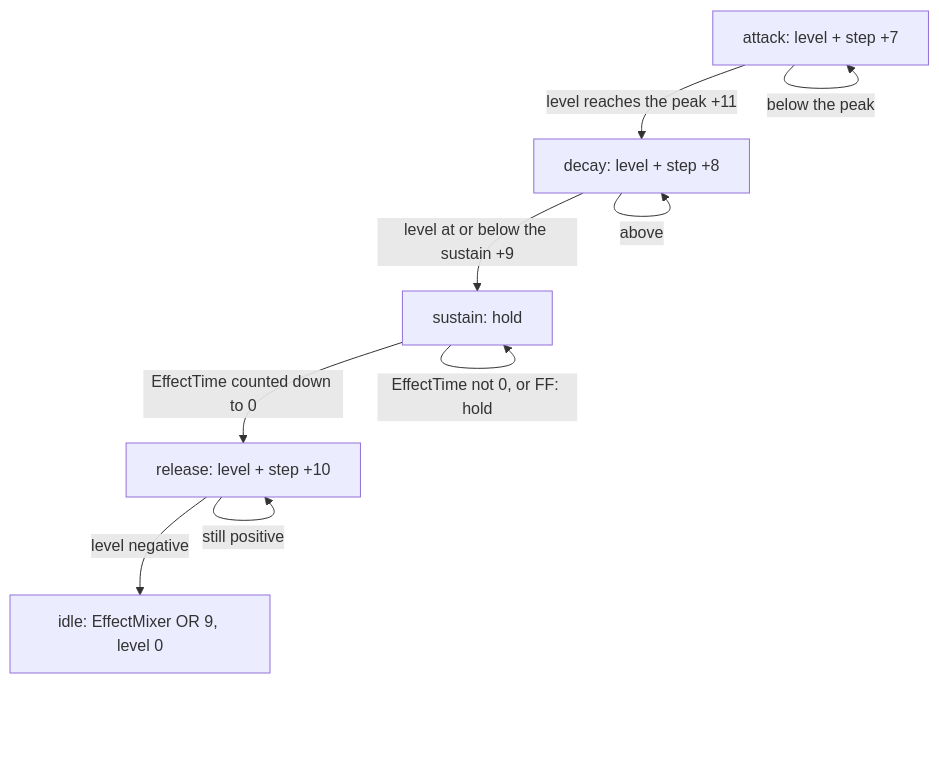
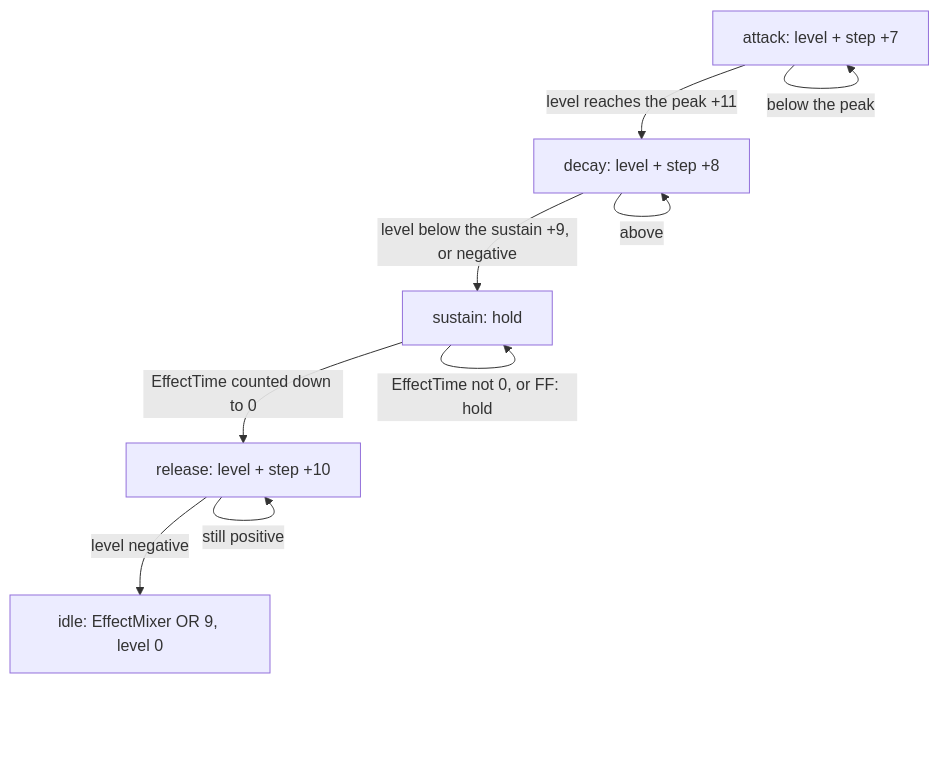
One commit to alfishe/unrealng-reverse-cases changed the third of 16 diagrams in games/switchblade/docs/09-sound.md. Above: the diagram before and after it, drawn with Mermaid. The commit also changed other lines of this file and 54 other files, not shown here.

````diff
--- a/games/switchblade/docs/09-sound.md
+++ b/games/switchblade/docs/09-sound.md
@@ -232,11 +236,11 @@
 ```mermaid
 flowchart TD
     A["attack: level + step +7"] -->|"level reaches the peak +11"| D["decay: level + step +8"]
     A -->|"below the peak"| A
-    D -->|"level at or below the sustain +9"| S["sustain: hold"]
+    D -->|"level below the sustain +9, or negative"| S["sustain: hold"]
     D -->|"above"| D
     S -->|"EffectTime counted down to 0"| R["release: level + step +10"]
     S -->|"EffectTime not 0, or FF: hold"| S
     R -->|"level negative"| X["idle: EffectMixer OR 9, level 0"]
     R -->|"still positive"| R
 ```
````
